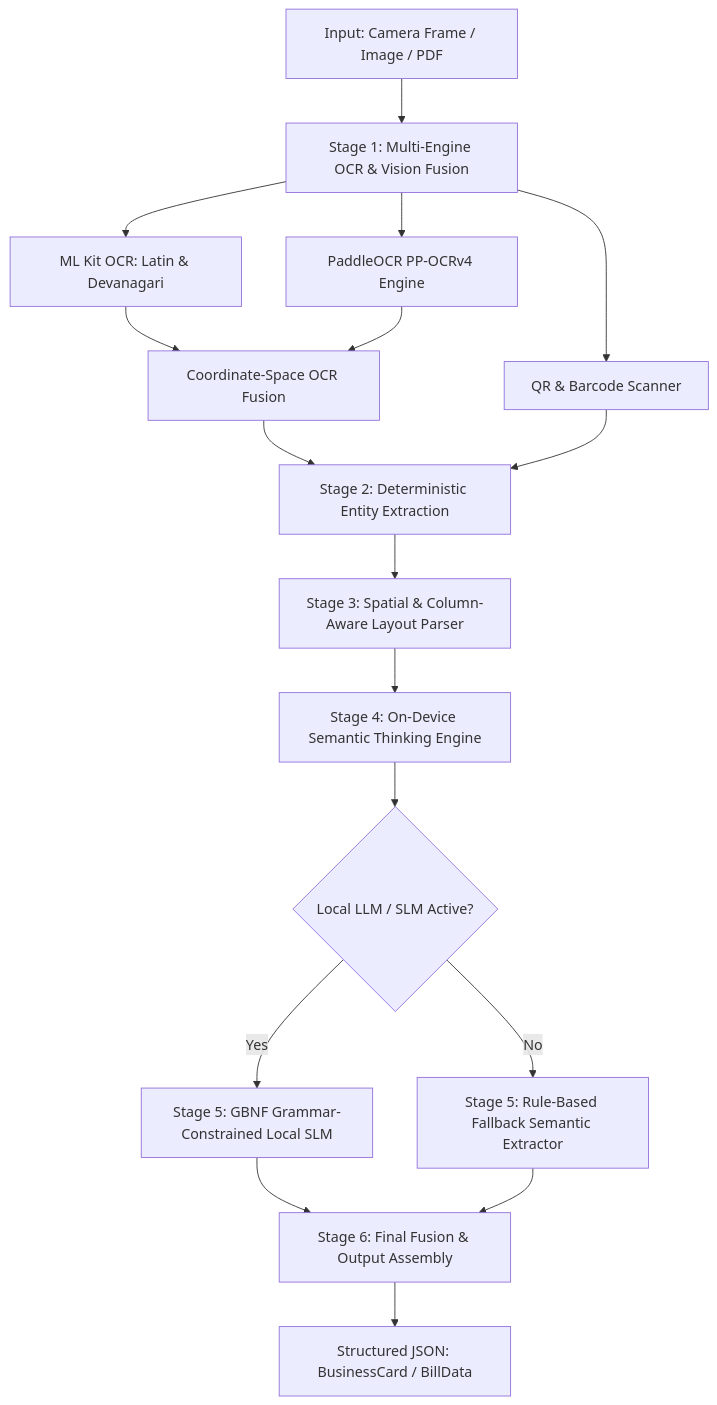
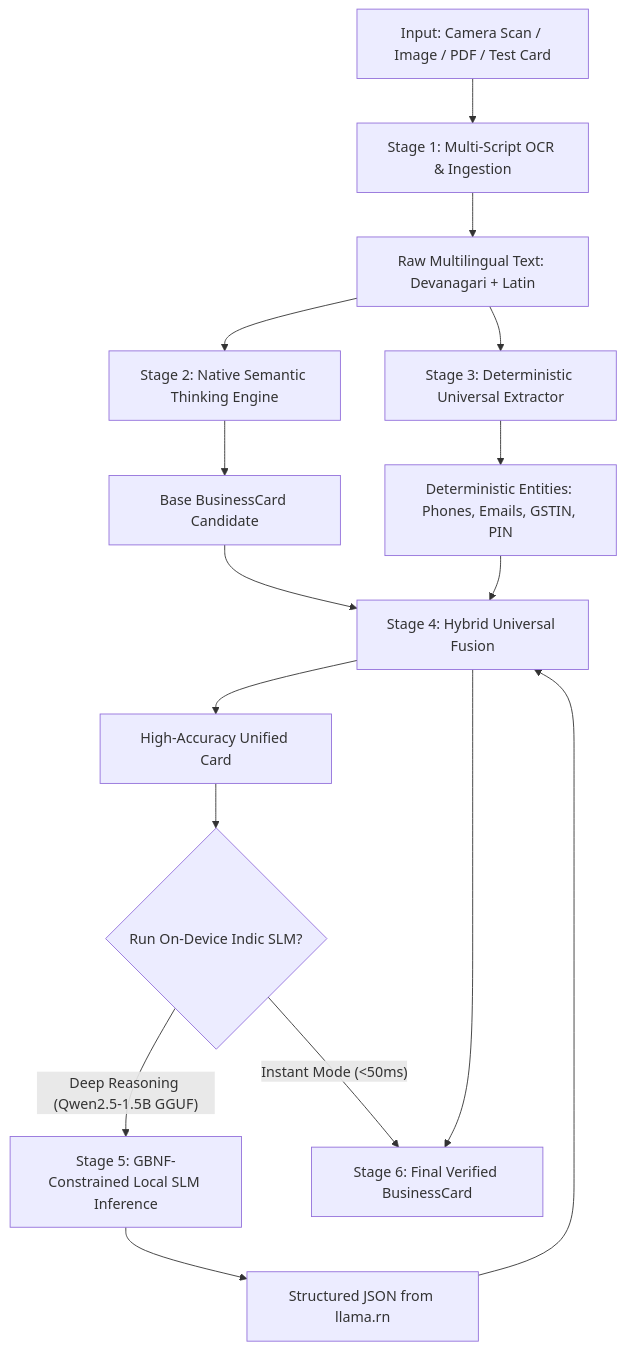
The diagram in docs/PROCESSING_MECHANISM_STEP_BY_STEP.md (balram-01/react-native-card-lens), drawn with Mermaid before and after one commit. The commit also changed other lines of this file, not shown here.

Commit message:
docs: streamline processing guide to active card training flow

````diff
--- a/docs/PROCESSING_MECHANISM_STEP_BY_STEP.md
+++ b/docs/PROCESSING_MECHANISM_STEP_BY_STEP.md
@@ -9,17 +9,21 @@
 ```mermaid
 flowchart TD
-    A[Input: Camera Frame / Image / PDF] --> B[Stage 1: Multi-Engine OCR & Vision Fusion]
-    B --> C1[ML Kit OCR: Latin & Devanagari]
-    B --> C2[PaddleOCR PP-OCRv4 Engine]
-    B --> C3[QR & Barcode Scanner]
-    C1 & C2 --> D[Coordinate-Space OCR Fusion]
-    D --> E[Stage 2: Deterministic Entity Extraction]
-    C3 --> E
-    E --> F[Stage 3: Spatial & Column-Aware Layout Parser]
-    F --> G[Stage 4: On-Device Semantic Thinking Engine]
-    G --> H{Local LLM / SLM Active?}
-    H -- Yes --> I[Stage 5: GBNF Grammar-Constrained Local SLM]
-    H -- No --> J[Stage 5: Rule-Based Fallback Semantic Extractor]
-    I & J --> K[Stage 6: Final Fusion & Output Assembly]
-    K --> L[Structured JSON: BusinessCard / BillData]
+    A[Input: Camera Scan / Image / PDF / Test Card] --> B[Stage 1: Multi-Script OCR & Ingestion]
+    B --> C[Raw Multilingual Text: Devanagari + Latin]
+
+    C --> D[Stage 2: Native Semantic Thinking Engine]
+    D --> E[Base BusinessCard Candidate]
+
+    C --> F[Stage 3: Deterministic Universal Extractor]
+    F --> G[Deterministic Entities: Phones, Emails, GSTIN, PIN]
+
+    E & G --> H[Stage 4: Hybrid Universal Fusion]
+    H --> J[High-Accuracy Unified Card]
+
+    J --> K{Run On-Device Indic SLM?}
+    K -- "Deep Reasoning (Qwen2.5-1.5B GGUF)" --> L[Stage 5: GBNF-Constrained Local SLM Inference]
+    L --> M[Structured JSON from llama.rn]
+    M --> H
+    K -- "Instant Mode (<50ms)" --> N[Stage 6: Final Verified BusinessCard]
+    H --> N
 ```
````
